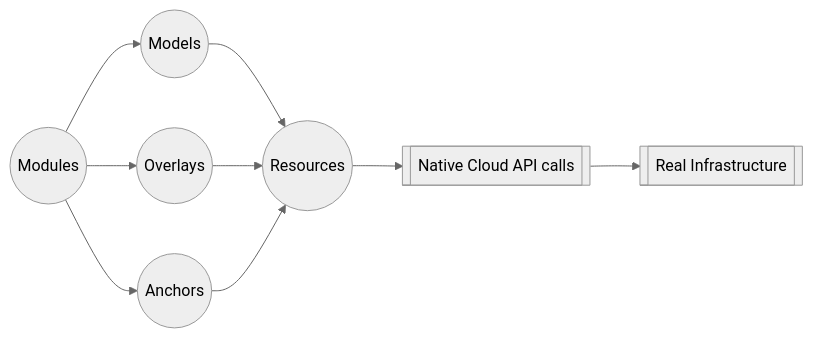
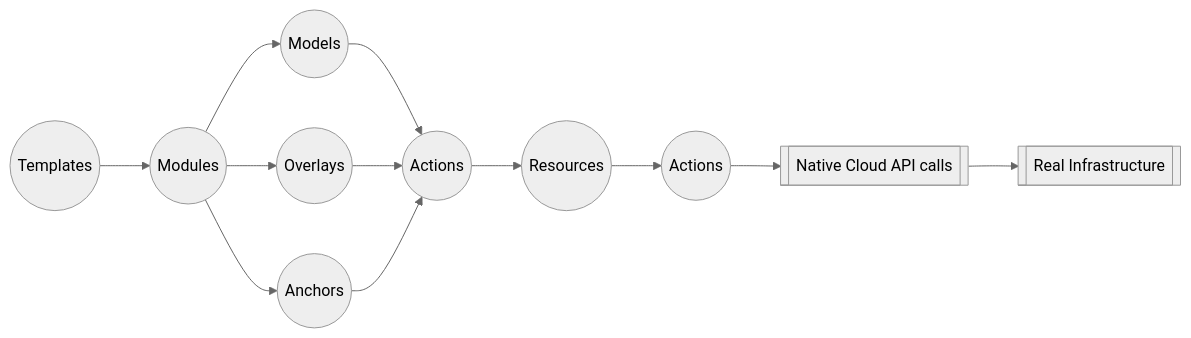
One commit to quadnix/octo changed the first of 2 diagrams in apps/octo-docs/docs/introduction.mdx. Above: the diagram before and after it, drawn with Mermaid (neutral theme). The commit also changed other lines of this file and 2 other files, not shown here.

````diff
--- a/apps/octo-docs/docs/introduction.mdx
+++ b/apps/octo-docs/docs/introduction.mdx
@@ -44,11 +73,23 @@
 ```mermaid
 graph LR;
-  module((Modules)) --> model((Models));
-  model --> resource((Resources));
-  module --> overlay((Overlays));
-  module --> anchor((Anchors));
-  overlay --> resource;
-  anchor --> resource;
-  resource --> cloudApi[[Native Cloud API calls]];
+  action1((Actions));
+  action2((Actions));
+  anchor((Anchors));
+  model((Models));
+  module((Modules));
+  overlay((Overlays));
+  resource((Resources));
+  template((Templates));
+
+  template --> module;
+  module --> model;
+  module --> overlay;
+  module --> anchor;
+  model --> action1;
+  overlay --> action1;
+  anchor --> action1;
+  action1 --> resource;
+  resource --> action2;
+  action2 --> cloudApi[[Native Cloud API calls]];
   cloudApi --> infrastructure[[Real Infrastructure]];
 ```
````
